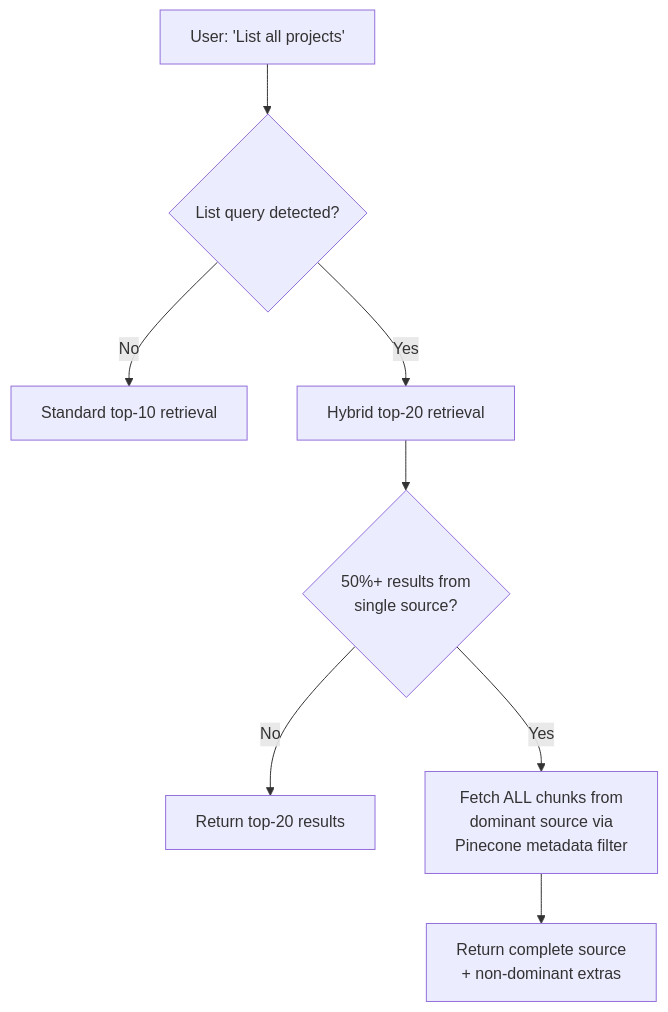
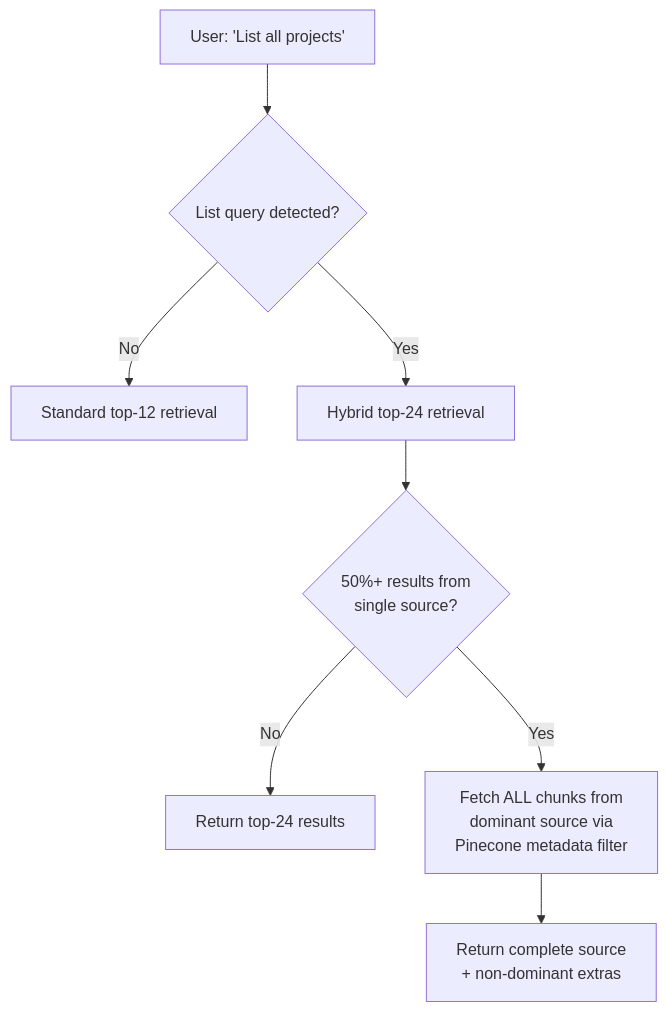
The seventh of 12 diagrams in RAG.md (hoangsonww/AI-RAG-Assistant-Chatbot), drawn with Mermaid before and after one commit. The commit also changed other lines of this file and 43 other files, not shown here.

````diff
--- a/RAG.md
+++ b/RAG.md
@@ -583,10 +601,10 @@
 ```mermaid
 flowchart TD
     Q["User: 'List all projects'"] --> D{"List query detected?"}
-    D -->|No| N["Standard top-10 retrieval"]
-    D -->|Yes| H["Hybrid top-20 retrieval"]
+    D -->|No| N["Standard top-12 retrieval"]
+    D -->|Yes| H["Hybrid top-24 retrieval"]
     H --> DOM{"50%+ results from<br/>single source?"}
-    DOM -->|No| R1["Return top-20 results"]
+    DOM -->|No| R1["Return top-24 results"]
     DOM -->|Yes| ALL["Fetch ALL chunks from<br/>dominant source via<br/>Pinecone metadata filter"]
     ALL --> R2["Return complete source<br/>+ non-dominant extras"]
 ```
````
